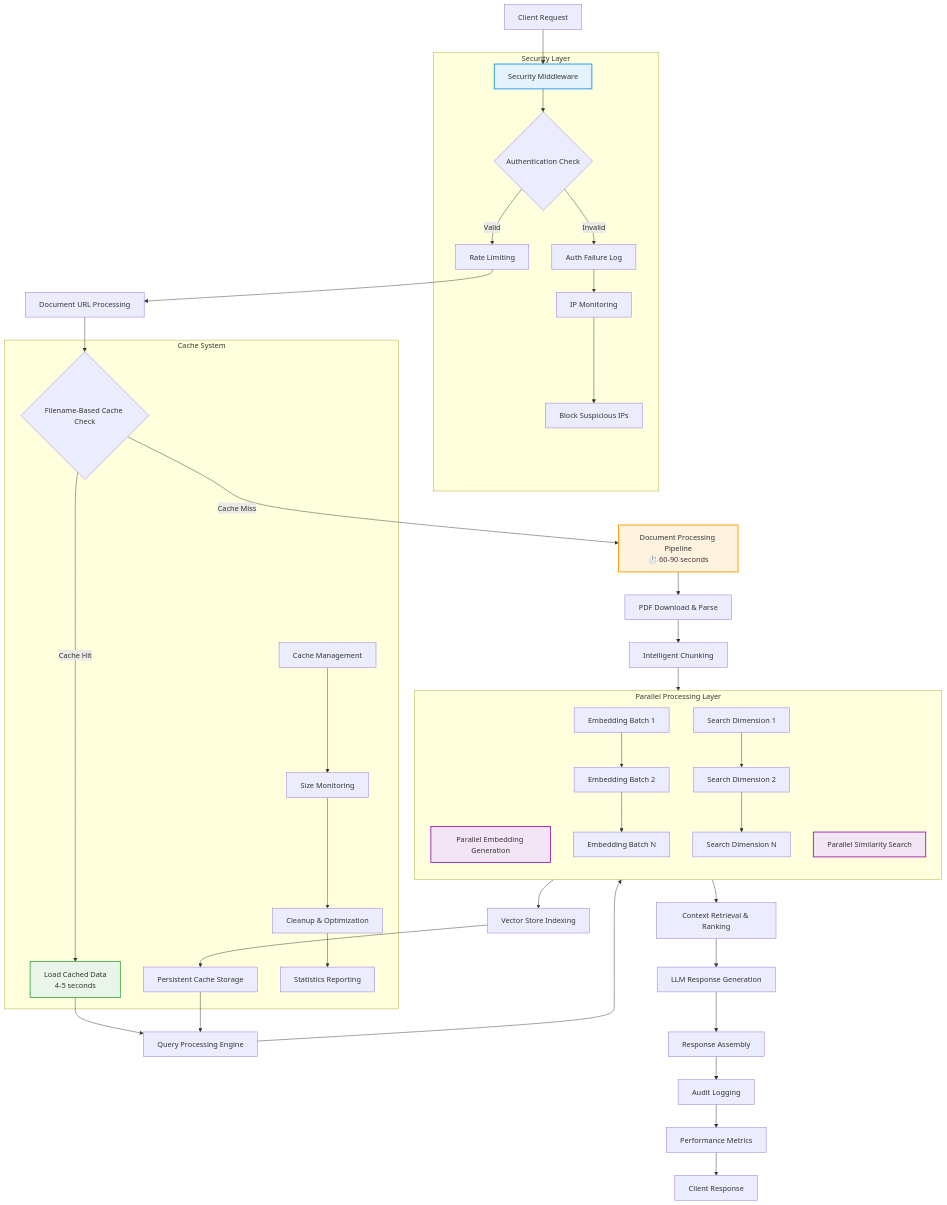
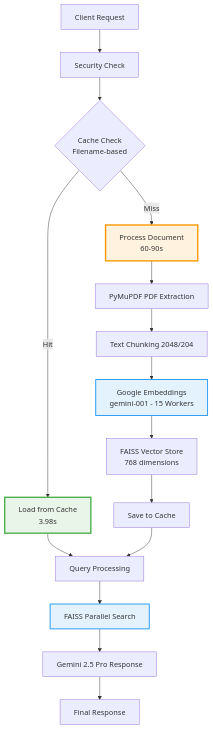
Before and after one commit to Shhriyash/hackrx: the first of 2 diagrams in README.md, drawn with Mermaid. The commit also changed other lines of this file, not shown here.

Commit message:
readme updated

````diff
--- a/README.md
+++ b/README.md
@@ -56,70 +56,26 @@
 ```mermaid
 graph TB
-    A[Client Request] --> B[Security Middleware]
-    B --> C{Authentication Check}
-    C -->|Valid| D[Rate Limiting]
-    C -->|Invalid| E[Auth Failure Log]
-    E --> F[IP Monitoring]
-    F --> G[Block Suspicious IPs]
+    A[Client Request] --> B[Security Check]
+    B --> C{Cache Check<br/>Filename-based}
     
-    D --> H[Document URL Processing]
-    H --> I{Filename-Based Cache Check}
-    I -->|Cache Hit| J[Load Cached Data<br/>4-5 seconds]
-    I -->|Cache Miss| K[Document Processing Pipeline<br/>⏱️ 60-90 seconds]
+    C -->|Hit| D[Load from Cache<br/>3.98s]
+    C -->|Miss| E[Process Document<br/>60-90s]
     
-    K --> L[PDF Download & Parse]
-    L --> M[Intelligent Chunking]
-    M --> N[Parallel Embedding Generation]
-    N --> O[Vector Store Indexing]
-    O --> P[Persistent Cache Storage]
+    E --> F[PyMuPDF PDF Extraction]
+    D --> G[Query Processing]
+    F --> H[Text Chunking 2048/204]
     
-    J --> Q[Query Processing Engine]
-    P --> Q
-    Q --> R[Parallel Similarity Search]
-    R --> S[Context Retrieval & Ranking]
-    S --> T[LLM Response Generation]
-    T --> U[Response Assembly]
+    H --> I[Google Embeddings<br/>gemini-001 - 15 Workers]
+    I --> J[FAISS Vector Store<br/>768 dimensions]
+    J --> K[Save to Cache]
     
-    U --> V[Audit Logging]
-    V --> W[Performance Metrics]
-    W --> X[Client Response]
+    K --> G
+    G --> L[FAISS Parallel Search]
+    L --> M[Gemini 2.5 Pro Response]
+    M --> N[Final Response]
     
-    Y[Cache Management] --> Z[Size Monitoring]
-    Z --> AA[Cleanup & Optimization]
-    AA --> BB[Statistics Reporting]
-    
-    subgraph "Parallel Processing Layer"
-        N
-        R
-        direction TB
-        N1[Embedding Batch 1] --> N2[Embedding Batch 2]
-        N2 --> N3[Embedding Batch N]
-        R1[Search Dimension 1] --> R2[Search Dimension 2]
-        R2 --> R3[Search Dimension N]
-    end
-    
-    subgraph "Security Layer"
-        B
-        C
-        D
-        E
-        F
-        G
-    end
-    
-    subgraph "Cache System"
-        I
-        J
-        P
-        Y
-        Z
-        AA
-        BB
-    end
-    
-    style J fill:#e8f5e8,stroke:#4caf50,stroke-width:2px
-    style K fill:#fff3e0,stroke:#ff9800,stroke-width:2px
-    style N fill:#f3e5f5,stroke:#9c27b0,stroke-width:2px
-    style R fill:#f3e5f5,stroke:#9c27b0,stroke-width:2px
-    style B fill:#e3f2fd,stroke:#2196f3,stroke-width:2px
+    style D fill:#e8f5e8,stroke:#4caf50,stroke-width:3px
+    style E fill:#fff3e0,stroke:#ff9800,stroke-width:3px
+    style I fill:#e3f2fd,stroke:#2196f3,stroke-width:2px
+    style L fill:#e3f2fd,stroke:#2196f3,stroke-width:2px
 ```
````
